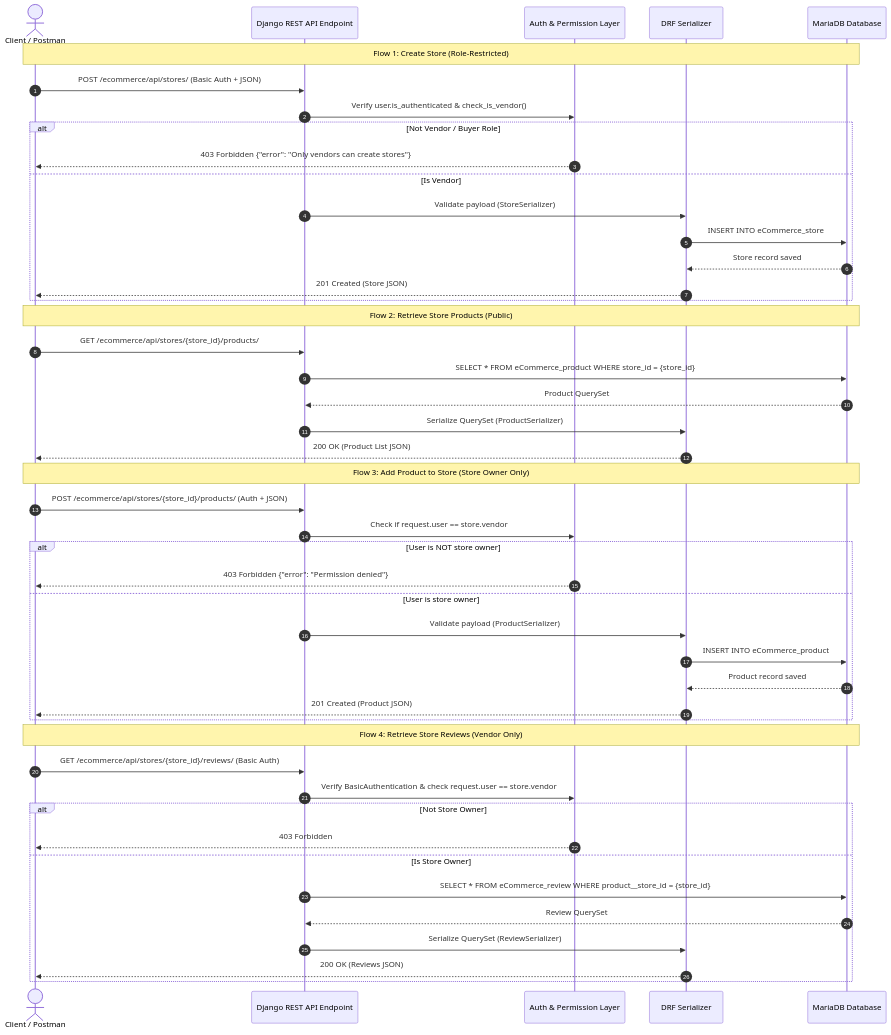
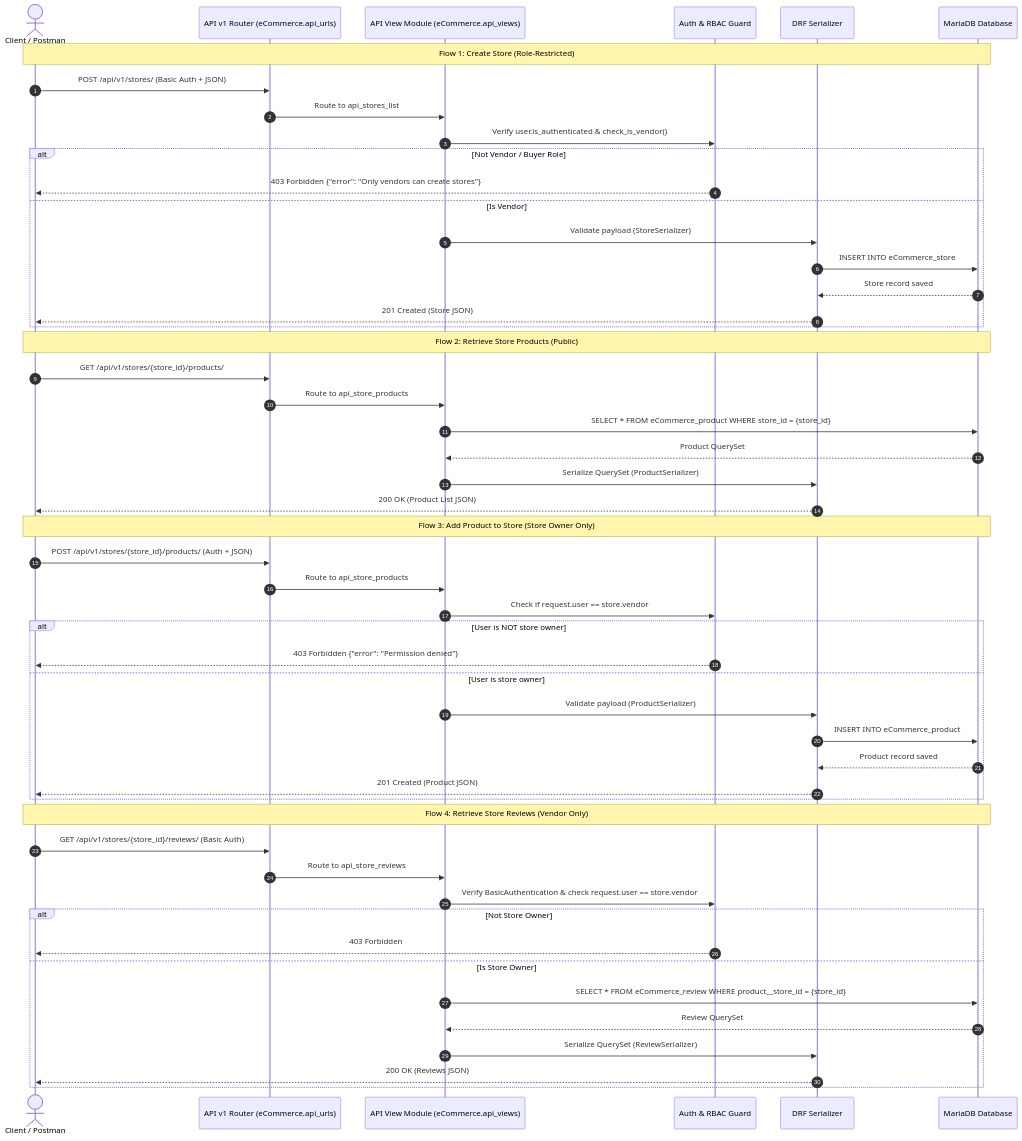
One commit to arianmalayery-studio/eCommerce_App changed the diagram in Planning/task1_api_documentation.md. Above: the diagram before and after it, drawn with Mermaid. The commit also changed other lines of this file and 1 other file, not shown here.

Commit message:
Updated api documentation and README

````diff
--- a/Planning/task1_api_documentation.md
+++ b/Planning/task1_api_documentation.md
@@ -223,52 +224,57 @@
 ```mermaid
 sequenceDiagram
     autonumber
     actor Client as Client / Postman
-    participant Endpoint as Django REST API Endpoint
-    participant Auth as Auth & Permission Layer
+    participant Router as API v1 Router (eCommerce.api_urls)
+    participant Endpoint as API View Module (eCommerce.api_views)
+    participant Auth as Auth & RBAC Guard
     participant Serializer as DRF Serializer
     participant DB as MariaDB Database
 
     Note over Client,DB: Flow 1: Create Store (Role-Restricted)
-    Client->>Endpoint: POST /ecommerce/api/stores/ (Basic Auth + JSON)
+    Client->>Router: POST /api/v1/stores/ (Basic Auth + JSON)
+    Router->>Endpoint: Route to api_stores_list
     Endpoint->>Auth: Verify user.is_authenticated & check_is_vendor()
     alt Not Vendor / Buyer Role
         Auth-->>Client: 403 Forbidden {"error": "Only vendors can create stores"}
     else Is Vendor
         Endpoint->>Serializer: Validate payload (StoreSerializer)
         Serializer->>DB: INSERT INTO eCommerce_store
         DB-->>Serializer: Store record saved
         Serializer-->>Client: 201 Created (Store JSON)
     end
 
     Note over Client,DB: Flow 2: Retrieve Store Products (Public)
-    Client->>Endpoint: GET /ecommerce/api/stores/{store_id}/products/
+    Client->>Router: GET /api/v1/stores/{store_id}/products/
+    Router->>Endpoint: Route to api_store_products
     Endpoint->>DB: SELECT * FROM eCommerce_product WHERE store_id = {store_id}
     DB-->>Endpoint: Product QuerySet
     Endpoint->>Serializer: Serialize QuerySet (ProductSerializer)
     Serializer-->>Client: 200 OK (Product List JSON)
 
     Note over Client,DB: Flow 3: Add Product to Store (Store Owner Only)
-    Client->>Endpoint: POST /ecommerce/api/stores/{store_id}/products/ (Auth + JSON)
+    Client->>Router: POST /api/v1/stores/{store_id}/products/ (Auth + JSON)
+    Router->>Endpoint: Route to api_store_products
     Endpoint->>Auth: Check if request.user == store.vendor
     alt User is NOT store owner
         Auth-->>Client: 403 Forbidden {"error": "Permission denied"}
     else User is store owner
         Endpoint->>Serializer: Validate payload (ProductSerializer)
         Serializer->>DB: INSERT INTO eCommerce_product
         DB-->>Serializer: Product record saved
         Serializer-->>Client: 201 Created (Product JSON)
     end
 
     Note over Client,DB: Flow 4: Retrieve Store Reviews (Vendor Only)
-    Client->>Endpoint: GET /ecommerce/api/stores/{store_id}/reviews/ (Basic Auth)
+    Client->>Router: GET /api/v1/stores/{store_id}/reviews/ (Basic Auth)
+    Router->>Endpoint: Route to api_store_reviews
     Endpoint->>Auth: Verify BasicAuthentication & check request.user == store.vendor
     alt Not Store Owner
         Auth-->>Client: 403 Forbidden
     else Is Store Owner
         Endpoint->>DB: SELECT * FROM eCommerce_review WHERE product__store_id = {store_id}
         DB-->>Endpoint: Review QuerySet
         Endpoint->>Serializer: Serialize QuerySet (ReviewSerializer)
         Serializer-->>Client: 200 OK (Reviews JSON)
     end
 ```
````
